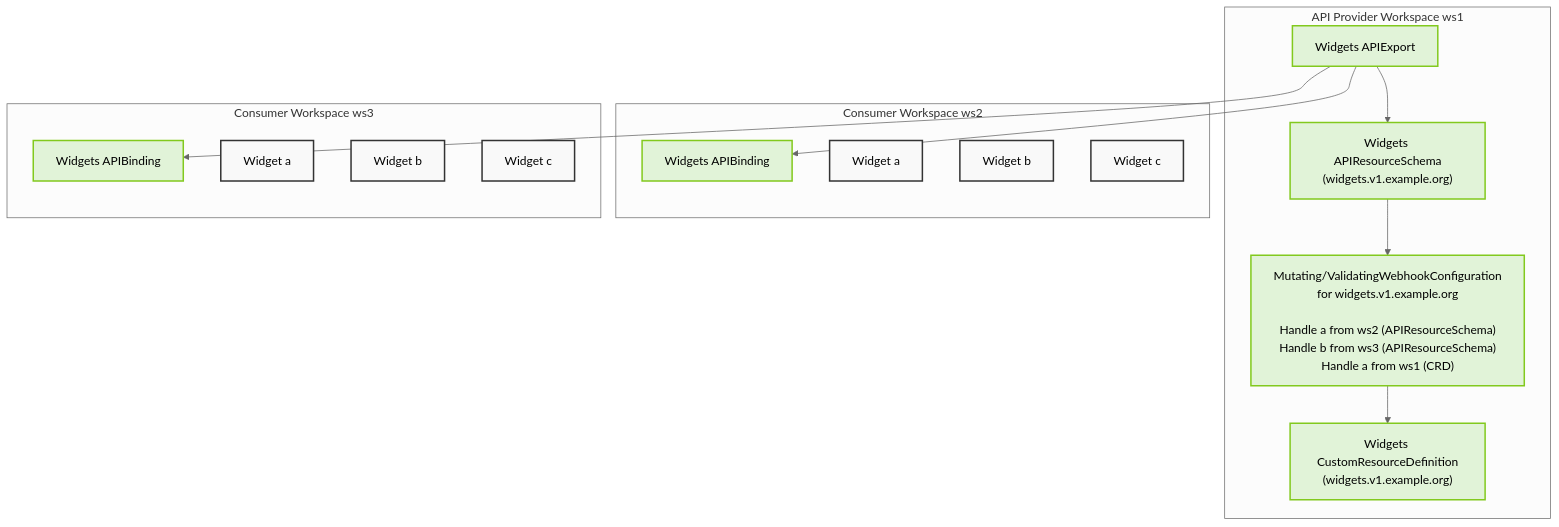
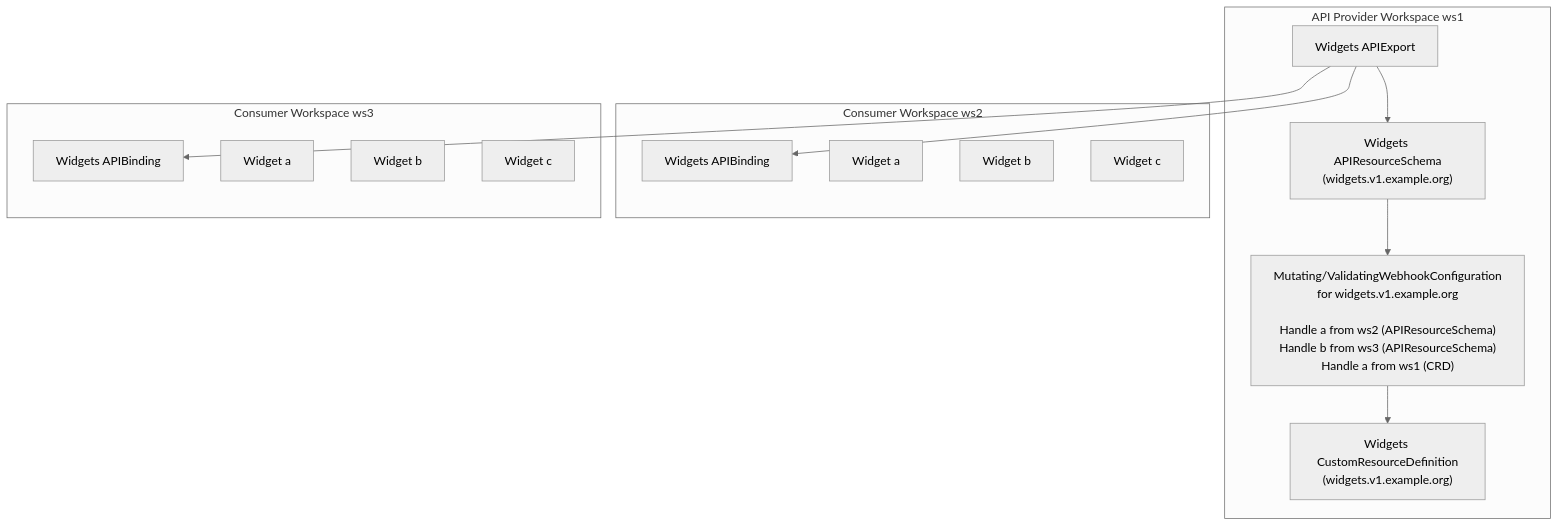
The diagram in docs/content/concepts/apis/admission-webhooks.md (kcp-dev/kcp), drawn with Mermaid (neutral theme) before and after one commit. The commit also changed 2 other files, not shown here.

Commit message:
Update "Exporting APIs" page with new v1alpha2 APIs and functionality
On-behalf-of: SAP <marvin.beckers@sap.com>

````diff
--- a/docs/content/concepts/apis/admission-webhooks.md
+++ b/docs/content/concepts/apis/admission-webhooks.md
@@ -5,34 +5,34 @@
 ```mermaid
 flowchart TD
     subgraph ws1["API Provider Workspace ws1"]
         export["Widgets APIExport"]
         schema["Widgets APIResourceSchema<br/>(widgets.v1.example.org)"]
         webhook["Mutating/ValidatingWebhookConfiguration<br/>for widgets.v1.example.org<br/><br/>Handle a from ws2 (APIResourceSchema)<br/>Handle b from ws3 (APIResourceSchema)<br/>Handle a from ws1 (CRD)"]
         crd["Widgets CustomResourceDefinition<br/>(widgets.v1.example.org)"]
         
         export --> schema
         schema --> webhook
         webhook --> crd
     end
 
     subgraph ws2["Consumer Workspace ws2"]
         binding1["Widgets APIBinding"]
         widgetA1["Widget a"]
         widgetB1["Widget b"]
         widgetC1["Widget c"]
     end
 
     subgraph ws3["Consumer Workspace ws3"]
         binding2["Widgets APIBinding"]
         widgetA2["Widget a"]
         widgetB2["Widget b"]
         widgetC2["Widget c"]
     end
 
     export --> binding1
     export --> binding2
 
-    classDef default fill:#f9f9f9,stroke:#333,stroke-width:2px;
-    classDef resource fill:#e1f3d8,stroke:#82c91e,stroke-width:2px;
+    classDef state color:#F77
+    classDef or fill:none,stroke:none
     class export,schema,webhook,crd,binding1,binding2 resource;
 ```
````
